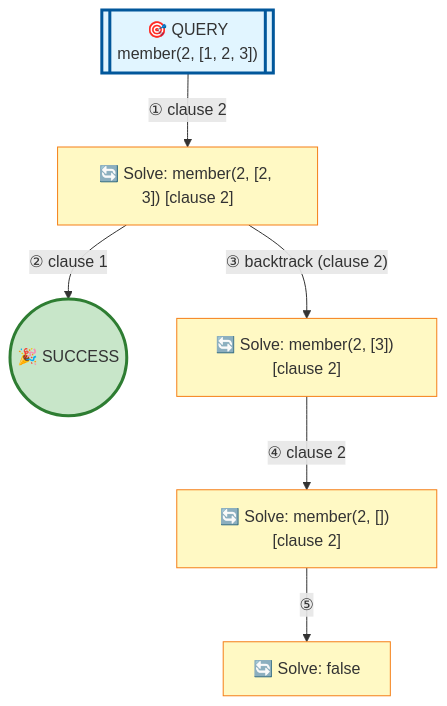
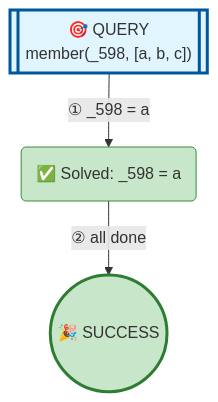
The diagram in examples/member-minimal.md (jarecsni/prolog-trace-viz), drawn with Mermaid before and after one commit. The commit also changed other lines of this file and 26 other files, not shown here.

````diff
--- a/examples/member-minimal.md
+++ b/examples/member-minimal.md
@@ -16,26 +16,17 @@
 ```mermaid
 graph TD
 
 %% Nodes
-A[["🎯 QUERY<br/>member(2, [1, 2, 3])"]]
-B["🔄 Solve: member(2, [2, 3]) [clause 2]"]
+A[["🎯 QUERY<br/>member(_598, [a, b, c])"]]
+B("✅ Solved: _598 = a")
 C(("🎉 SUCCESS"))
-D["🔄 Solve: member(2, [3]) [clause 2]"]
-E["🔄 Solve: member(2, []) [clause 2]"]
-F["🔄 Solve: false"]
 
 %% Edges
-A -->|"① clause 2"| B
-B -->|"② clause 1"| C
-B -->|"③ backtrack (clause 2)"| D
-D -->|"④ clause 2"| E
-E -->|"⑤"| F
+A -->|"① _598 = a"| B
+B -->|"② all done"| C
 
 %% Styles
 style A fill:#e1f5ff,stroke:#01579b,stroke-width:3px
-style B fill:#fff9c4,stroke:#f57f17
+style B fill:#c8e6c9,stroke:#388e3c
 style C fill:#c8e6c9,stroke:#2e7d32,stroke-width:3px
-style D fill:#fff9c4,stroke:#f57f17
-style E fill:#fff9c4,stroke:#f57f17
-style F fill:#fff9c4,stroke:#f57f17
 ```
````
